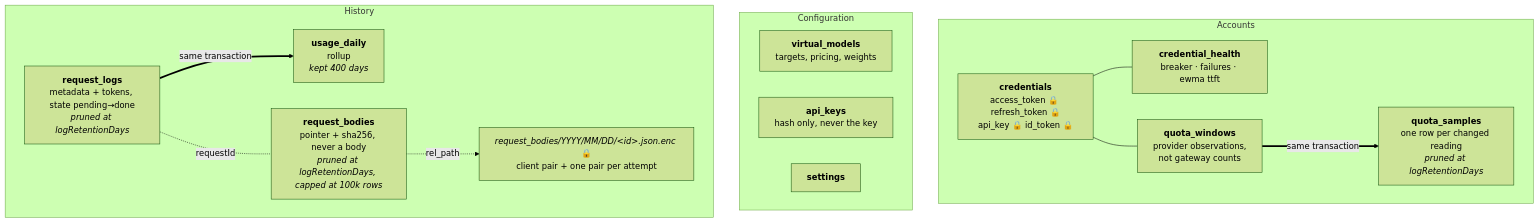
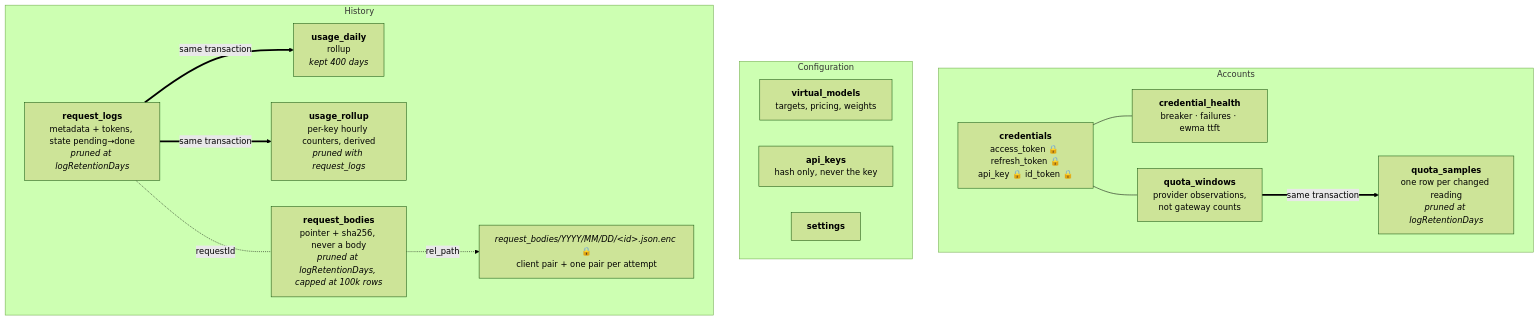
Before and after one commit to harismawan/omnigateway: the fifth of 8 diagrams in ARCHITECTURE.md, drawn with Mermaid (forest theme). The commit also changed other lines of this file and 16 other files, not shown here.

````diff
--- a/ARCHITECTURE.md
+++ b/ARCHITECTURE.md
@@ -173,29 +173,31 @@
 ```mermaid
 flowchart TB
   subgraph accounts[Accounts]
     cred["<b>credentials</b><br/>access_token 🔒 refresh_token 🔒<br/>api_key 🔒 id_token 🔒"]
     health["<b>credential_health</b><br/>breaker · failures · ewma ttft"]
     quota["<b>quota_windows</b><br/>provider observations,<br/>not gateway counts"]
     samples["<b>quota_samples</b><br/>one row per changed reading<br/><i>pruned at logRetentionDays</i>"]
   end
 
   subgraph config[Configuration]
     vm["<b>virtual_models</b><br/>targets, pricing, weights"]
     keys["<b>api_keys</b><br/>hash only, never the key"]
     settings["<b>settings</b>"]
   end
 
   subgraph history[History]
     logs["<b>request_logs</b><br/>metadata + tokens, state pending→done<br/><i>pruned at logRetentionDays</i>"]
     daily["<b>usage_daily</b><br/>rollup<br/><i>kept 400 days</i>"]
+    hourly["<b>usage_rollup</b><br/>per-key hourly counters, derived<br/><i>pruned with request_logs</i>"]
     bodies["<b>request_bodies</b><br/>pointer + sha256, never a body<br/><i>pruned at logRetentionDays, capped at 100k rows</i>"]
     artifact["<i>request_bodies/YYYY/MM/DD/&lt;id&gt;.json.enc</i> 🔒<br/>client pair + one pair per attempt"]
   end
 
   cred --- health
   cred --- quota
   quota == "same transaction" ==> samples
   logs == "same transaction" ==> daily
+  logs == "same transaction" ==> hourly
   logs -. "requestId" .- bodies
   bodies -. "rel_path" .-> artifact
 ```
````
